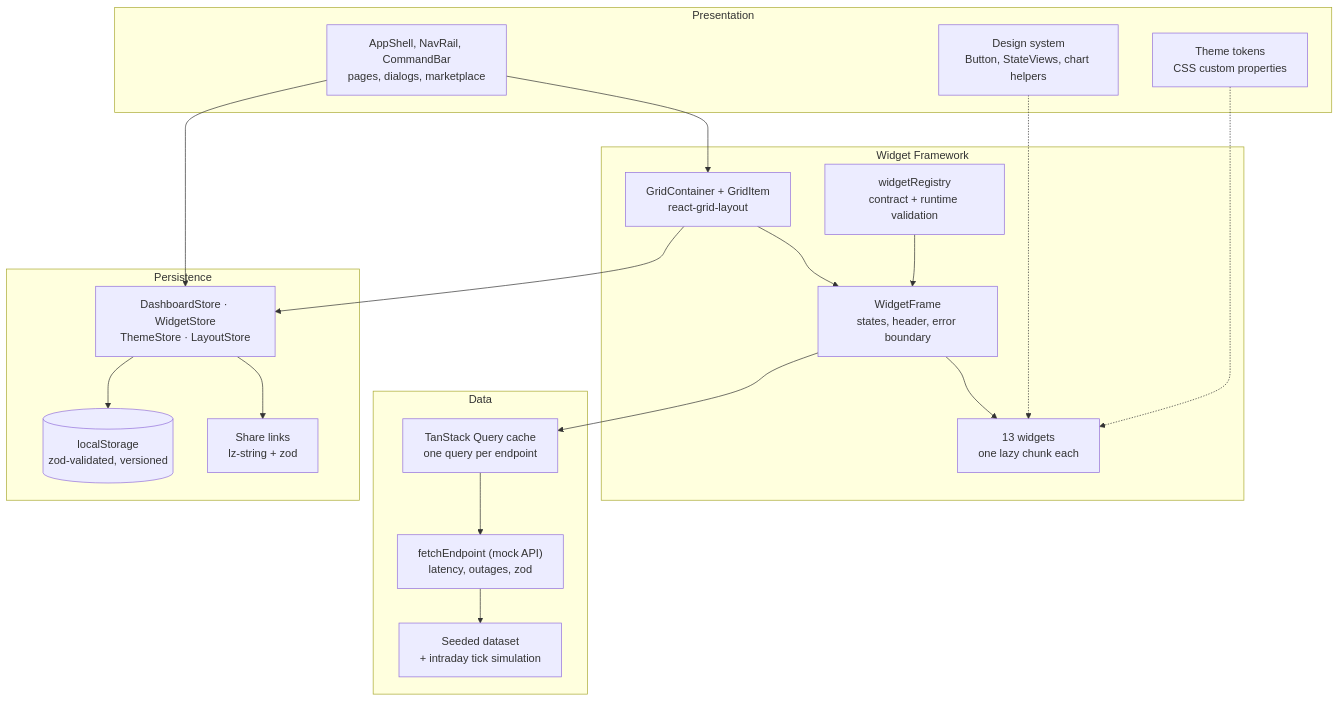
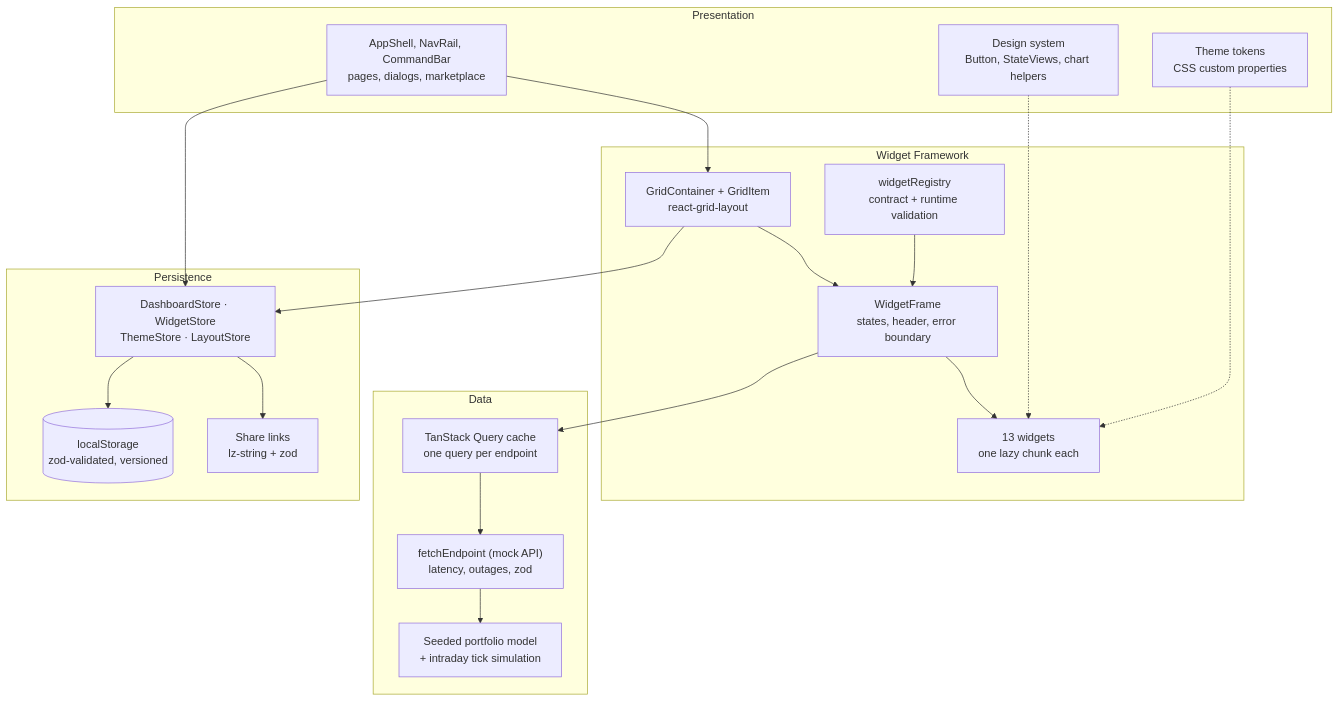
Before and after one commit to vaishnavibhagwat/Project-C: the first of 6 diagrams in docs/ARCHITECTURE.md, drawn with Mermaid. The commit also changed other lines of this file and 60 other files, not shown here.

````diff
--- a/docs/ARCHITECTURE.md
+++ b/docs/ARCHITECTURE.md
@@ -18,38 +18,38 @@
 ```mermaid
 flowchart TB
   subgraph P["Presentation"]
     shell["AppShell, NavRail, CommandBar<br/>pages, dialogs, marketplace"]
     ds["Design system<br/>Button, StateViews, chart helpers"]
     theme["Theme tokens<br/>CSS custom properties"]
   end
   subgraph W["Widget Framework"]
     registry["widgetRegistry<br/>contract + runtime validation"]
     grid["GridContainer + GridItem<br/>react-grid-layout"]
     frame["WidgetFrame<br/>states, header, error boundary"]
     widgets["13 widgets<br/>one lazy chunk each"]
   end
   subgraph D["Data"]
     query["TanStack Query cache<br/>one query per endpoint"]
     api["fetchEndpoint (mock API)<br/>latency, outages, zod"]
-    sim["Seeded dataset<br/>+ intraday tick simulation"]
+    sim["Seeded portfolio model<br/>+ intraday tick simulation"]
   end
   subgraph S["Persistence"]
     stores["DashboardStore · WidgetStore<br/>ThemeStore · LayoutStore"]
     ls[("localStorage<br/>zod-validated, versioned")]
     share["Share links<br/>lz-string + zod"]
   end
 
   shell --> grid
   grid --> frame
   registry --> frame
   frame --> widgets
   frame --> query
   query --> api
   api --> sim
   shell --> stores
   grid --> stores
   stores --> ls
   stores --> share
   ds -.-> widgets
   theme -.-> widgets
 ```
````
